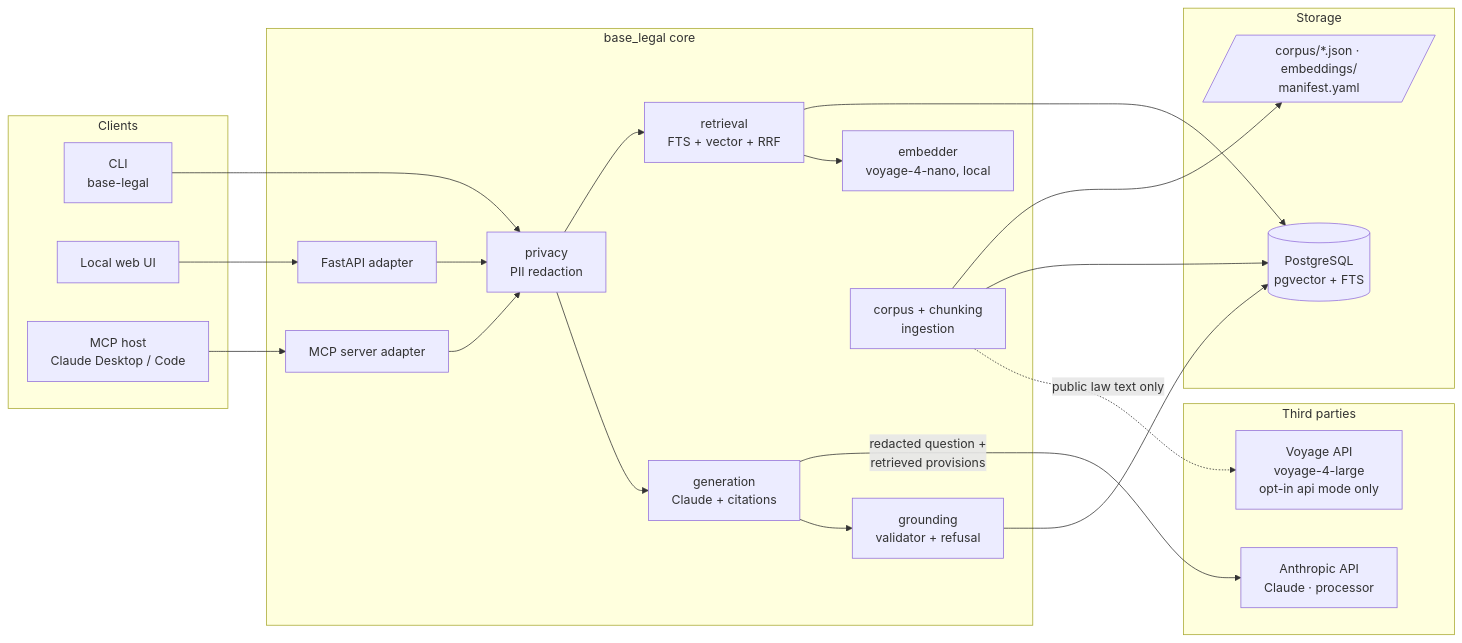
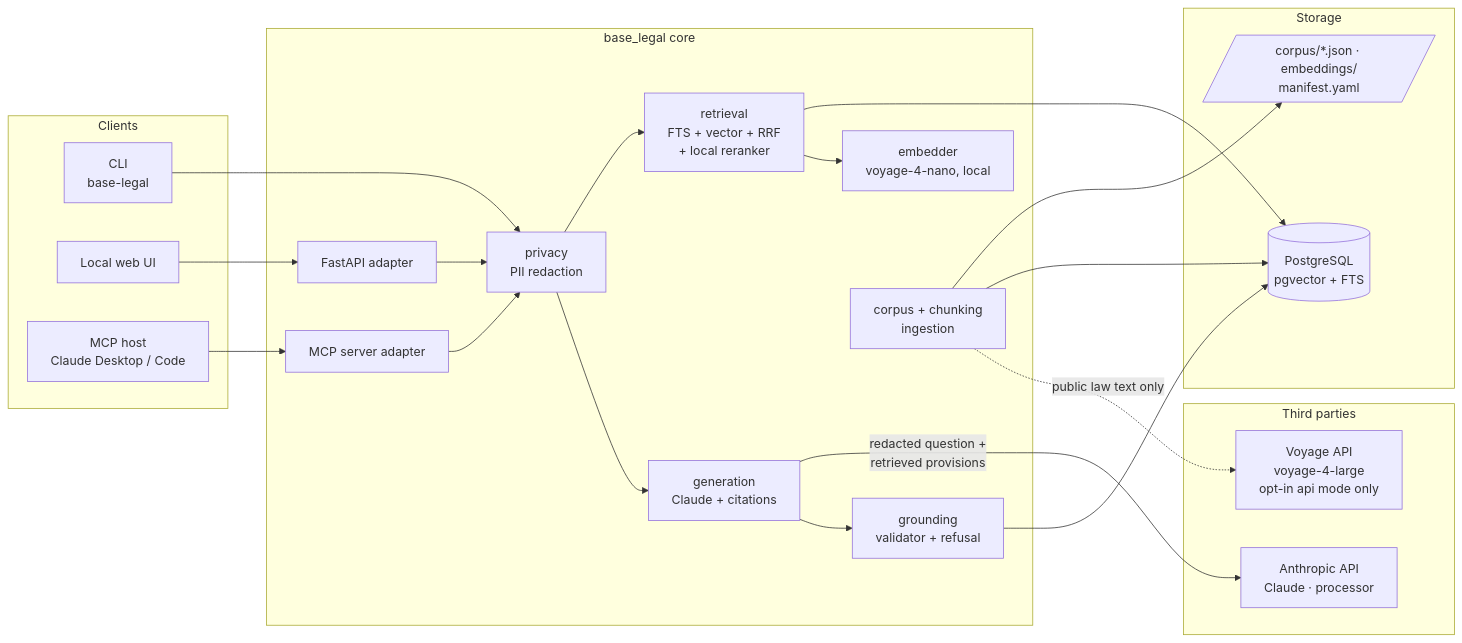
Before and after one commit to lucianocf/base-legal: the first of 4 diagrams in docs/ARCHITECTURE.md, drawn with Mermaid. The commit also changed other lines of this file and 22 other files, not shown here.

First line of the commit message:
feat(retrieval): blend a local cross-encoder into the top 10 (ADR 0015)

````diff
--- a/docs/ARCHITECTURE.md
+++ b/docs/ARCHITECTURE.md
@@ -10,40 +10,40 @@
 ```mermaid
 flowchart LR
     subgraph Clients
         CLI[CLI<br/>base-legal]
         UI[Local web UI]
         MCPH[MCP host<br/>Claude Desktop / Code]
     end
 
     subgraph base_legal[base_legal core]
         API[FastAPI adapter]
         MCP[MCP server adapter]
         PRIV[privacy<br/>PII redaction]
-        RET[retrieval<br/>FTS + vector + RRF]
+        RET[retrieval<br/>FTS + vector + RRF<br/>+ local reranker]
         NANO[embedder<br/>voyage-4-nano, local]
         GEN[generation<br/>Claude + citations]
         GRD[grounding<br/>validator + refusal]
         ING[corpus + chunking<br/>ingestion]
     end
 
     subgraph Storage
         PG[(PostgreSQL<br/>pgvector + FTS)]
         CORPUS[/corpus/*.json · embeddings/<br/>manifest.yaml/]
     end
 
     subgraph Third_parties[Third parties]
         VOY[Voyage API<br/>voyage-4-large<br/>opt-in api mode only]
         ANT[Anthropic API<br/>Claude · processor]
     end
 
     CLI --> PRIV
     UI --> API --> PRIV
     MCPH --> MCP --> PRIV
     PRIV --> RET --> PG
     RET --> NANO
     PRIV --> GEN -- redacted question +<br/>retrieved provisions --> ANT
     GEN --> GRD --> PG
     ING --> CORPUS
     ING --> PG
     ING -. public law text only .-> VOY
 ```
````
